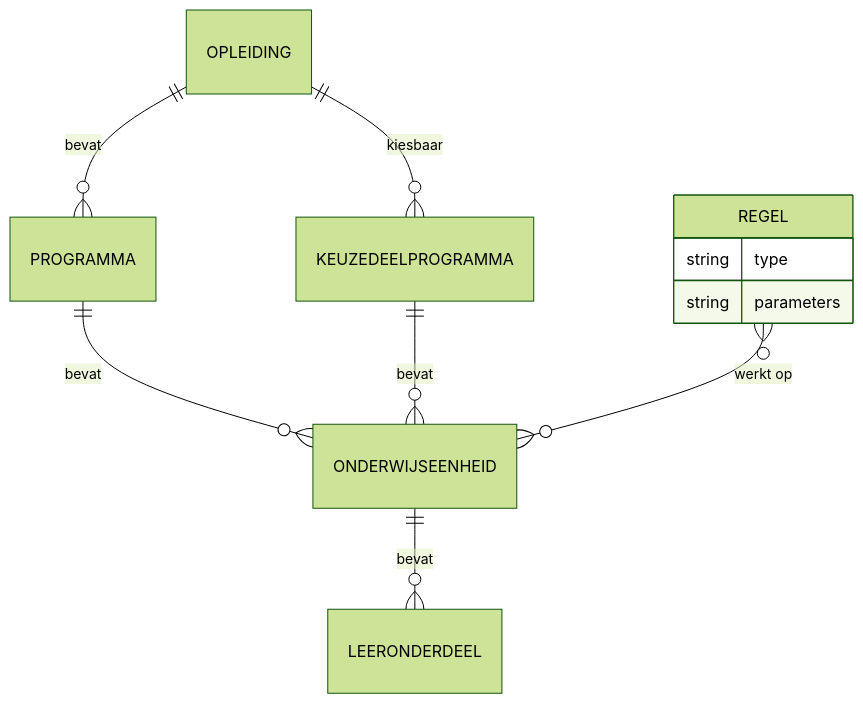
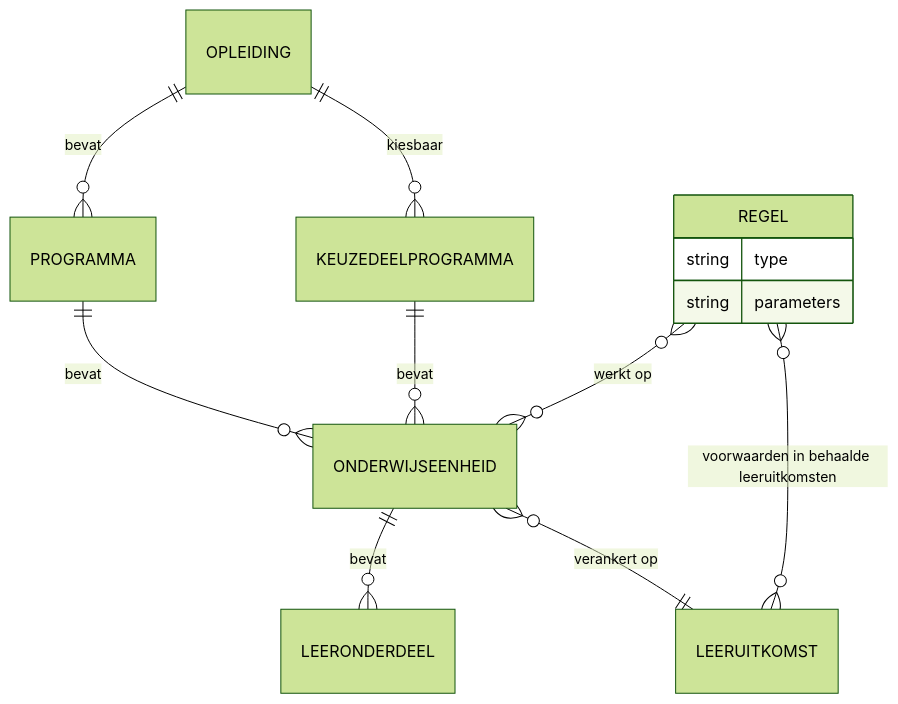
The first of 8 diagrams in architecture/agent-artifacts/design-docs/20260716_1414_okx-lr1-keuzedelen-requirements-voorstel.md (Npuls-OKx/meta), drawn with Mermaid (forest theme) before and after one commit. The commit also changed other lines of this file and 1 other file, not shown here.

````diff
--- a/architecture/agent-artifacts/design-docs/20260716_1414_okx-lr1-keuzedelen-requirements-voorstel.md
+++ b/architecture/agent-artifacts/design-docs/20260716_1414_okx-lr1-keuzedelen-requirements-voorstel.md
@@ -105,13 +95,15 @@
 ```mermaid
 erDiagram
     OPLEIDING ||--o{ PROGRAMMA : bevat
     PROGRAMMA ||--o{ ONDERWIJSEENHEID : bevat
     ONDERWIJSEENHEID ||--o{ LEERONDERDEEL : bevat
     OPLEIDING ||--o{ KEUZEDEELPROGRAMMA : kiesbaar
     KEUZEDEELPROGRAMMA ||--o{ ONDERWIJSEENHEID : bevat
     REGEL }o--o{ ONDERWIJSEENHEID : "werkt op"
+    REGEL }o--o{ LEERUITKOMST : "voorwaarden in behaalde leeruitkomsten"
+    ONDERWIJSEENHEID }o--|| LEERUITKOMST : "verankert op"
     REGEL {
         string type
         string parameters
     }
 ```
````
